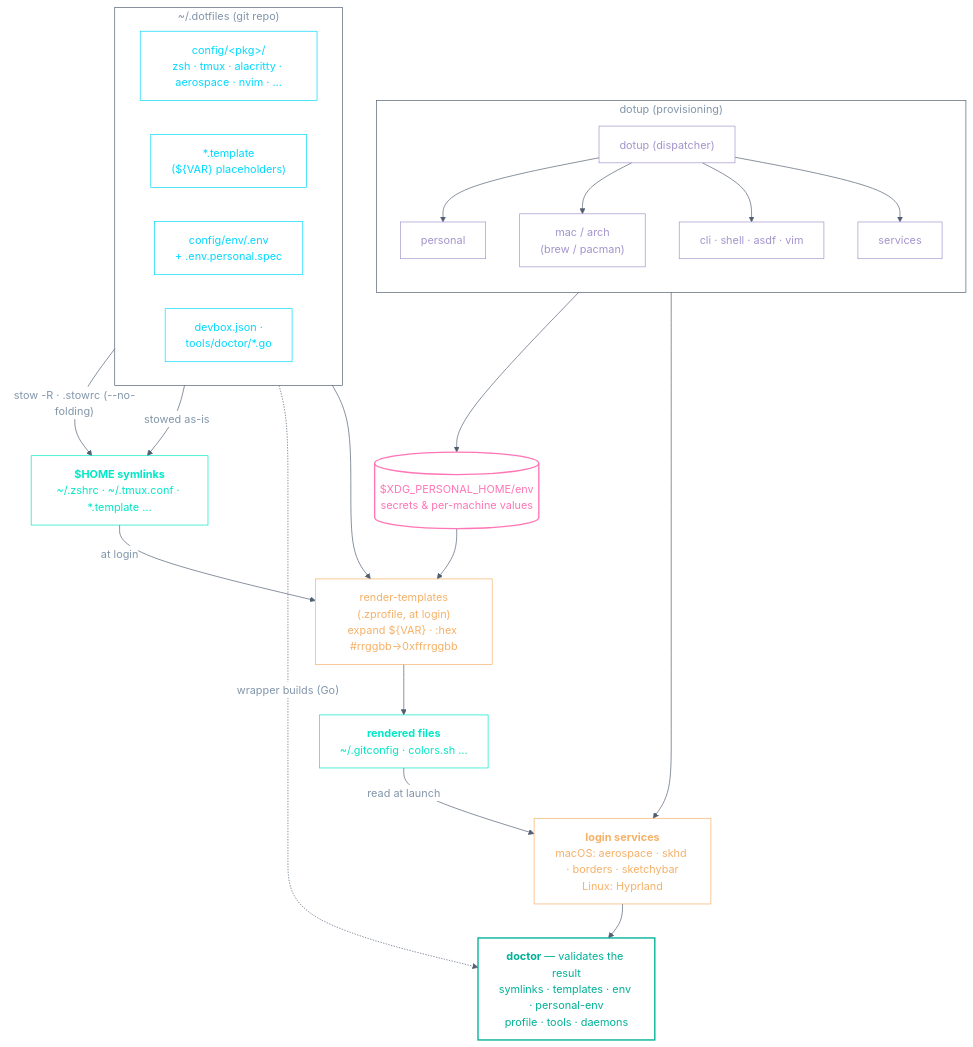
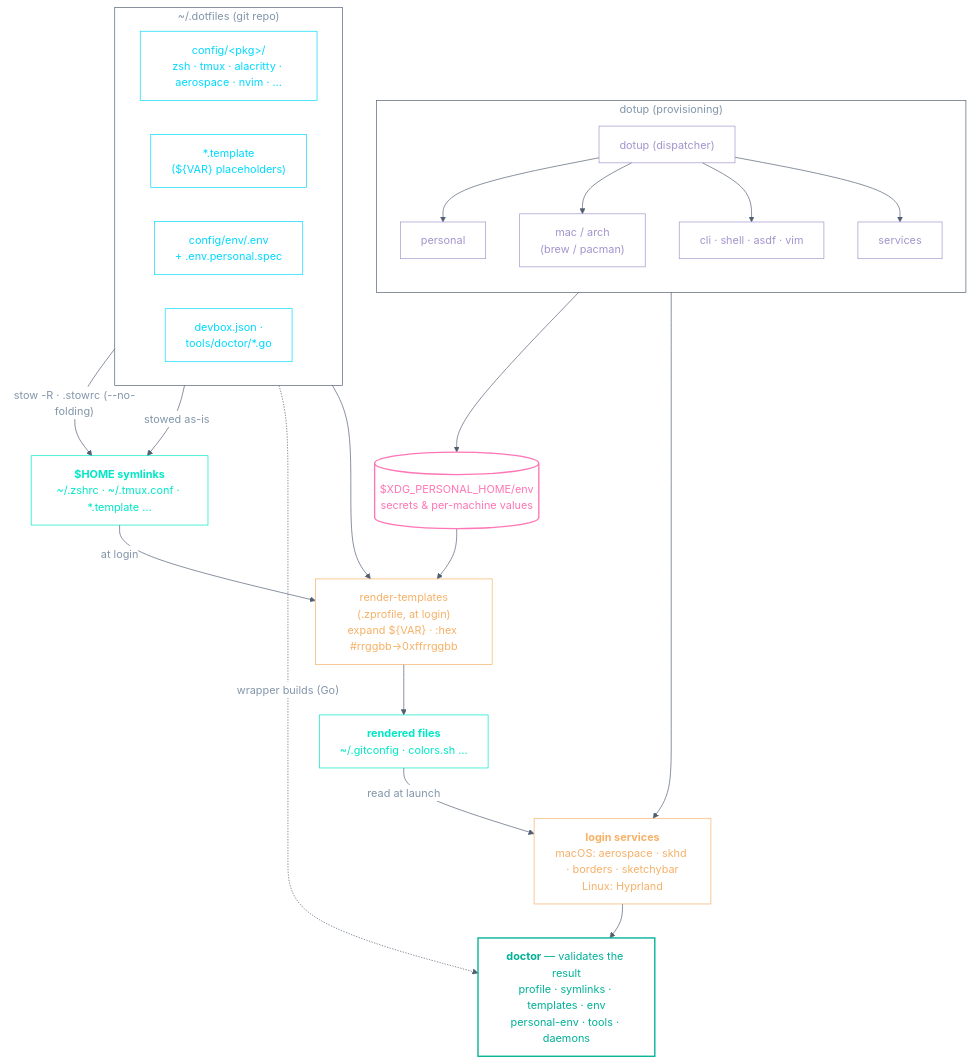
One commit to hallaji/dotfiles changed the first of 2 diagrams in docs/ARCHITECTURE.md. Above: the diagram before and after it, drawn with Mermaid (neutral theme). The commit also changed 2 other files, not shown here.

Commit message:
fix: move profile to first position in check order

````diff
--- a/docs/ARCHITECTURE.md
+++ b/docs/ARCHITECTURE.md
@@ -5,58 +5,58 @@
 ```mermaid
 flowchart TD
     subgraph repo["~/.dotfiles (git repo)"]
         direction LR
         pkgs["config/&lt;pkg&gt;/<br/>zsh · tmux · alacritty · aerospace · nvim · …"]:::repo
         tmpl["*.template<br/>(${VAR} placeholders)"]:::repo
         env["config/env/.env<br/>+ .env.personal.spec"]:::repo
         toolchain["devbox.json ·<br/>tools/doctor/*.go"]:::repo
     end
 
     subgraph prov["dotup (provisioning)"]
         direction TB
         dispatch["dotup (dispatcher)"]:::prov
         dispatch --> personal["personal"]:::prov
         dispatch --> osinst["mac / arch<br/>(brew / pacman)"]:::prov
         dispatch --> tools["cli · shell · asdf · vim"]:::prov
         dispatch --> svc["services"]:::prov
     end
 
     pstore[("$XDG_PERSONAL_HOME/env<br/>secrets & per-machine values")]:::store
     links["<b>$HOME symlinks</b><br/>~/.zshrc · ~/.tmux.conf · *.template …"]:::out
     rt["render-templates<br/>(.zprofile, at login)<br/>expand ${VAR} · :hex #rrggbb→0xffrrggbb"]:::run
     rendered["<b>rendered files</b><br/>~/.gitconfig · colors.sh …"]:::out
     daemons["<b>login services</b><br/>macOS: aerospace · skhd · borders · sketchybar<br/>Linux: Hyprland"]:::run
-    doctor["<b>doctor</b> — validates the result<br/>symlinks · templates · env · personal-env<br/>profile · tools · daemons"]:::check
+    doctor["<b>doctor</b> — validates the result<br/>profile · symlinks · templates · env<br/>personal-env · tools · daemons"]:::check
 
     %% Main spine (top → bottom).
     pkgs -->|"stow -R · .stowrc (--no-folding)"| links
     tmpl -->|"stowed as-is"| links
     links -->|"at login"| rt
     rt --> rendered
     rendered -->|"read at launch"| daemons
     daemons --> doctor
 
     %% Provisioning side-flow.
     personal --> pstore
     svc --> daemons
     toolchain -.->|"wrapper builds (Go)"| doctor
 
     %% Per-machine values feed the render step.
     env --> rt
     pstore --> rt
 
     %% Colors from config/env/.env palette:
     %% repo  = #02d9fe (PALETTE_SKY)    prov  = #a394cd (PALETTE_PURPLE)
     %% store = #ff75b5 (PALETTE_PINK) out   = #00e8c6 (PALETTE_MINT)
     %% run   = #f5b168 (PALETTE_AMBER)   check = #00b196 (PALETTE_TEAL)
     %% subgraph frame = #515f72 (PALETTE_GRAY) / #8296aa (PALETTE_FG2)
     classDef repo fill:transparent,stroke:#02d9fe,color:#02d9fe
     classDef prov fill:transparent,stroke:#a394cd,color:#a394cd
     classDef store fill:transparent,stroke:#ff75b5,stroke-width:2px,color:#ff75b5
     classDef out fill:transparent,stroke:#00e8c6,color:#00e8c6
     classDef run fill:transparent,stroke:#f5b168,color:#f5b168
     classDef check fill:transparent,stroke:#00b196,stroke-width:2px,color:#00b196
     style repo fill:transparent,stroke:#515f72,color:#8296aa
     style prov fill:transparent,stroke:#515f72,color:#8296aa
     linkStyle default stroke:#515f72,color:#8296aa
 ```
````
